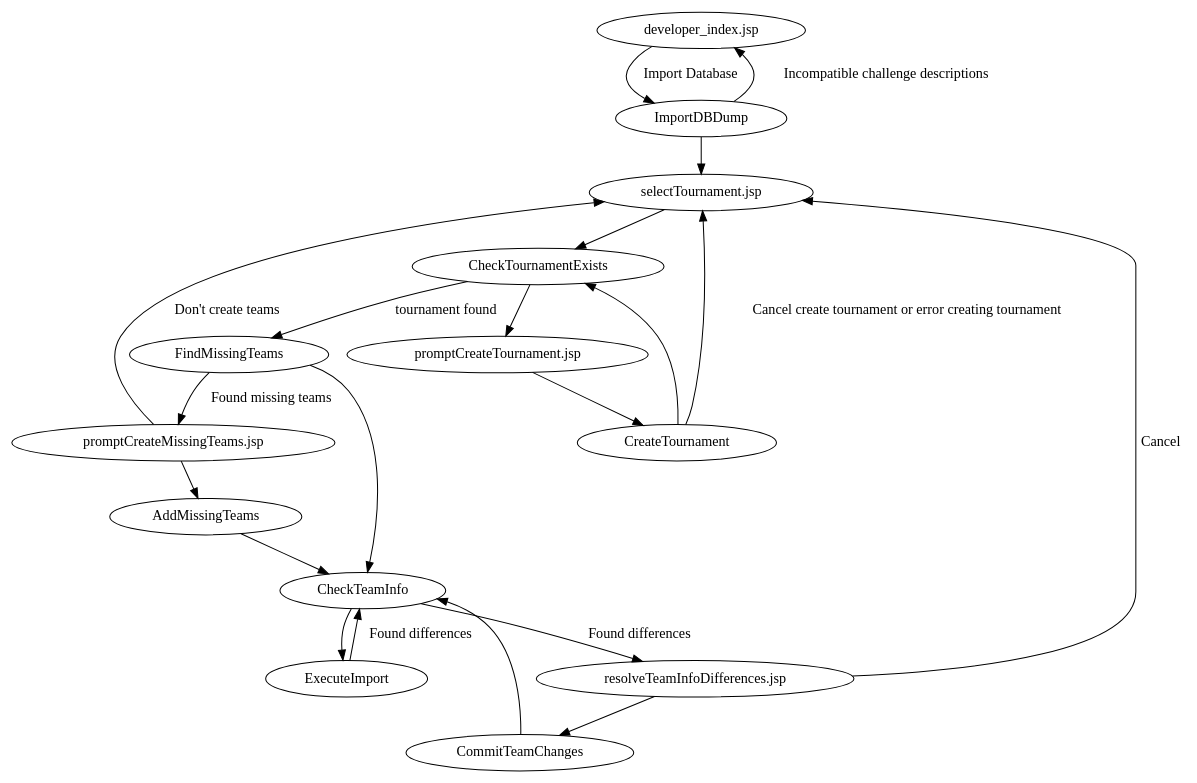
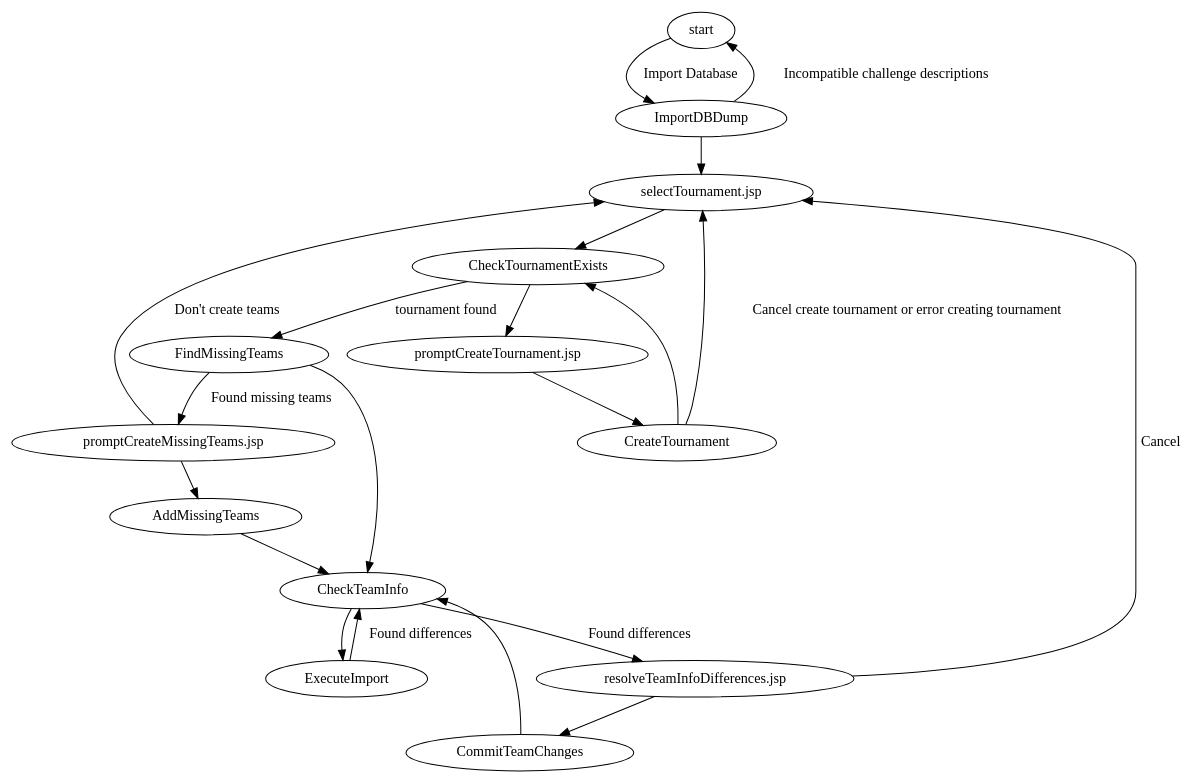
Before and after one commit to jpschewe/fll-sw: the diagram in src/main/documentation/workflows/import_database.dot, drawn with Graphviz. The commit also changed 3 other files, not shown here.

First line of the commit message:
Redirect users back to the page that they started from on database import

```diff
--- a/src/main/documentation/workflows/import_database.dot
+++ b/src/main/documentation/workflows/import_database.dot
@@ -1,43 +1,43 @@
 digraph import_database {
 
-"developer_index.jsp" -> ImportDBDump [label="Import Database"];
+"start" -> ImportDBDump [label="Import Database"];
 
 ImportDBDump -> "selectTournament.jsp";
 
-ImportDBDump -> "developer_index.jsp" [label="Incompatible challenge descriptions"]
+ImportDBDump -> "start" [label="Incompatible challenge descriptions"]
 
 "selectTournament.jsp" -> CheckTournamentExists;
 
 CheckTournamentExists -> "promptCreateTournament.jsp";
 
 CheckTournamentExists -> FindMissingTeams [label="tournament found"];
 
 "promptCreateTournament.jsp" -> CreateTournament;
 
 CreateTournament -> "selectTournament.jsp" [label="Cancel create tournament or error creating tournament"];
 
 CreateTournament -> CheckTournamentExists;
 
 FindMissingTeams -> CheckTeamInfo;
 
 FindMissingTeams -> "promptCreateMissingTeams.jsp" [label="Found missing teams"];
 
 "promptCreateMissingTeams.jsp" -> AddMissingTeams;
 
 "promptCreateMissingTeams.jsp" -> "selectTournament.jsp" [label="Don't create teams"];
 
 AddMissingTeams -> CheckTeamInfo;
 
 CheckTeamInfo -> ExecuteImport;
 
 CheckTeamInfo -> "resolveTeamInfoDifferences.jsp" [label="Found differences"];
 
 "resolveTeamInfoDifferences.jsp" -> CommitTeamChanges;
 
 "resolveTeamInfoDifferences.jsp" -> "selectTournament.jsp" [label="Cancel"];
 
 CommitTeamChanges -> CheckTeamInfo;
 
 ExecuteImport -> CheckTeamInfo [label="Found differences"];
 
 }
```
